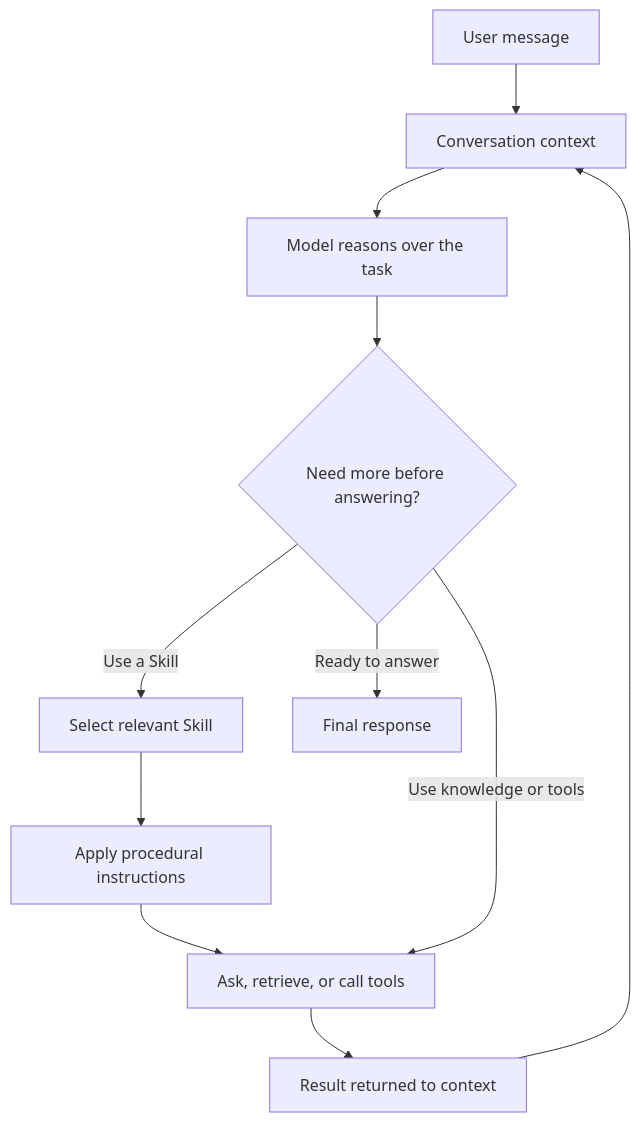
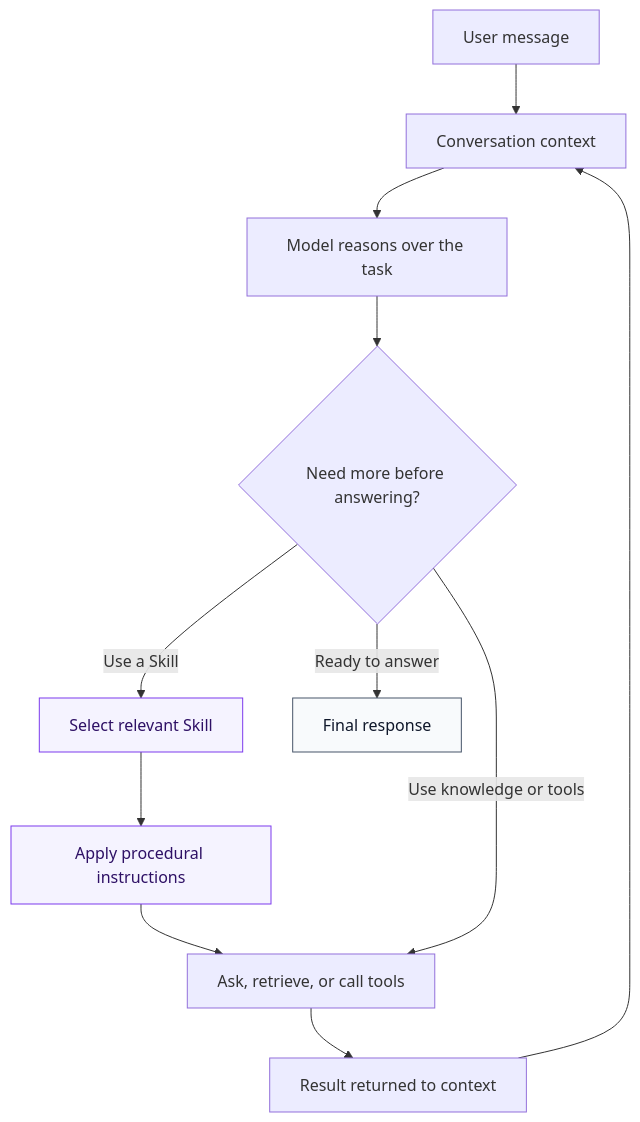
One commit to microsoft/mcscatblog changed the second of 4 diagrams in _posts/2026-06-08-copilot-studio-skills-procedural-memory.md. Above: the diagram before and after it, drawn with Mermaid. The commit also changed other lines of this file, not shown here.

````diff
--- a/_posts/2026-06-08-copilot-studio-skills-procedural-memory.md
+++ b/_posts/2026-06-08-copilot-studio-skills-procedural-memory.md
@@ -154,16 +159,21 @@
 ```mermaid
 flowchart TB
     User[User message] --> Context[Conversation context]
     Context --> Model[Model reasons over the task]
     Model --> Decision{Need more before answering?}
 
     Decision -- Use a Skill --> Skill[Select relevant Skill]
     Skill --> Procedure[Apply procedural instructions]
     Procedure --> Work[Ask, retrieve, or call tools]
 
     Decision -- Use knowledge or tools --> Work
     Work --> Result[Result returned to context]
     Result --> Context
 
     Decision -- Ready to answer --> Response[Final response]
+
+    classDef skill fill:#f5f3ff,stroke:#7c3aed,color:#2e1065
+    classDef response fill:#f8fafc,stroke:#475569,color:#0f172a
+    class Skill,Procedure skill
+    class Response response
 ```
````
